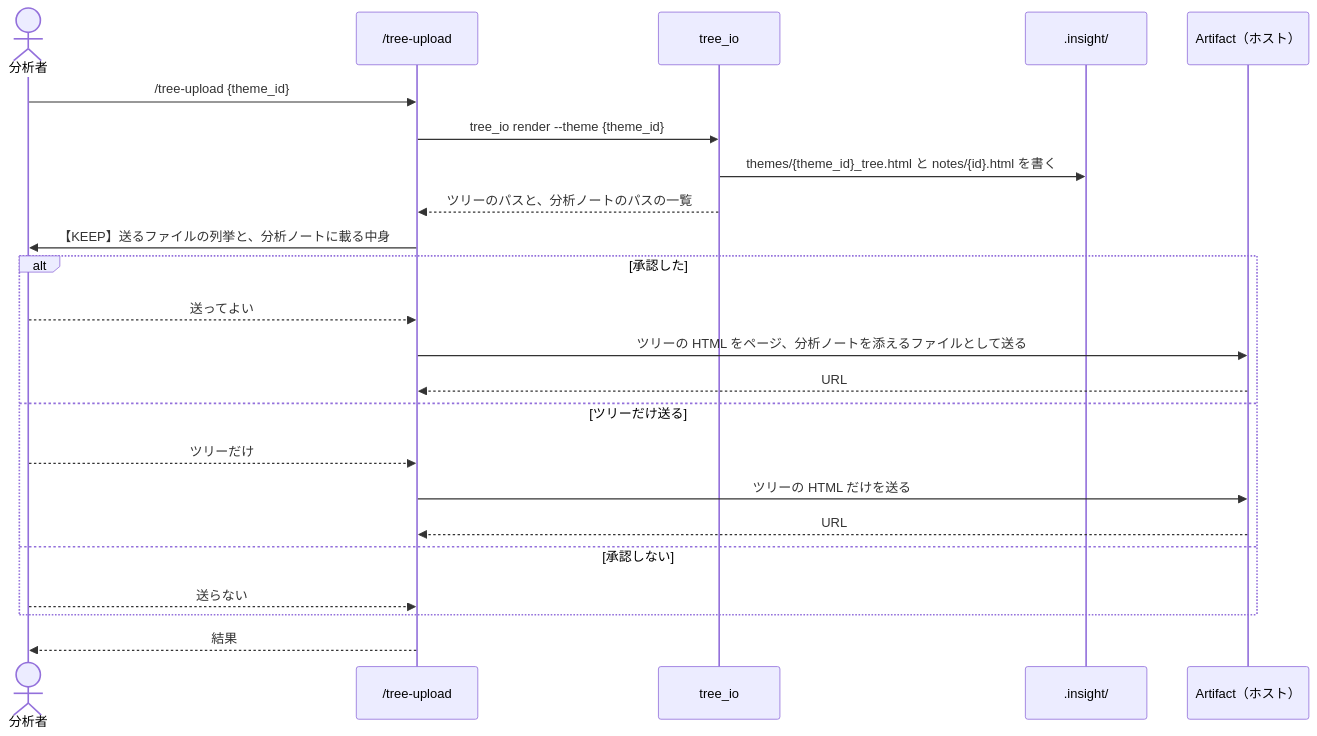
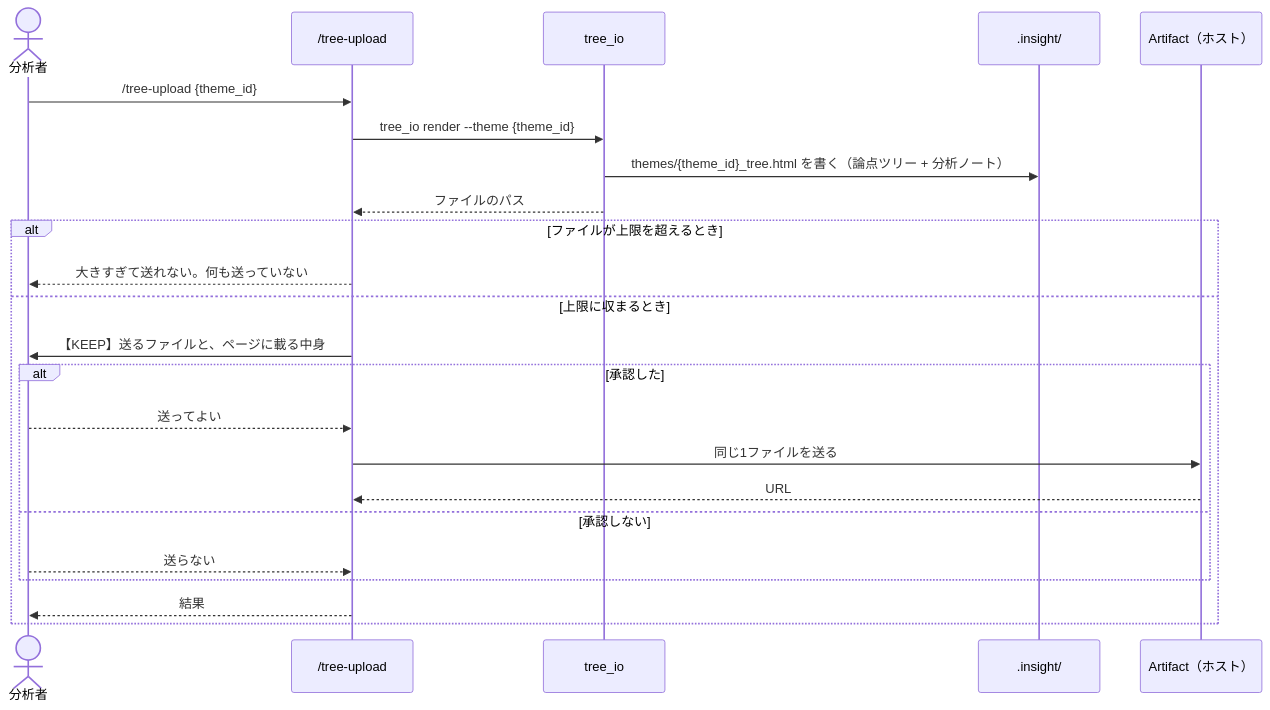
One commit to etoyama/insight-blueprint-skills changed the fourth of 4 diagrams in docs/design/epic-28-tree-entry-point.md. Above: the diagram before and after it, drawn with Mermaid. The commit also changed other lines of this file and 5 other files, not shown here.

````diff
--- a/docs/design/epic-28-tree-entry-point.md
+++ b/docs/design/epic-28-tree-entry-point.md
@@ -304,26 +337,26 @@
 ```mermaid
 sequenceDiagram
     actor A as 分析者
     participant U as /tree-upload
     participant T as tree_io
     participant FS as .insight/
     participant H as Artifact（ホスト）
 
     A->>U: /tree-upload {theme_id}
     U->>T: tree_io render --theme {theme_id}
-    T->>FS: themes/{theme_id}_tree.html と notes/{id}.html を書く
-    T-->>U: ツリーのパスと、分析ノートのパスの一覧
-    U->>A: 【KEEP】送るファイルの列挙と、分析ノートに載る中身
-    alt 承認した
-        A-->>U: 送ってよい
-        U->>H: ツリーの HTML をページ、分析ノートを添えるファイルとして送る
-        H-->>U: URL
-    else ツリーだけ送る
-        A-->>U: ツリーだけ
-        U->>H: ツリーの HTML だけを送る
-        H-->>U: URL
-    else 承認しない
-        A-->>U: 送らない
+    T->>FS: themes/{theme_id}_tree.html を書く（論点ツリー + 分析ノート）
+    T-->>U: ファイルのパス
+    alt ファイルが上限を超えるとき
+        U-->>A: 大きすぎて送れない。何も送っていない
+    else 上限に収まるとき
+        U->>A: 【KEEP】送るファイルと、ページに載る中身
+        alt 承認した
+            A-->>U: 送ってよい
+            U->>H: 同じ1ファイルを送る
+            H-->>U: URL
+        else 承認しない
+            A-->>U: 送らない
+        end
+        U-->>A: 結果
     end
-    U-->>A: 結果
 ```
````
